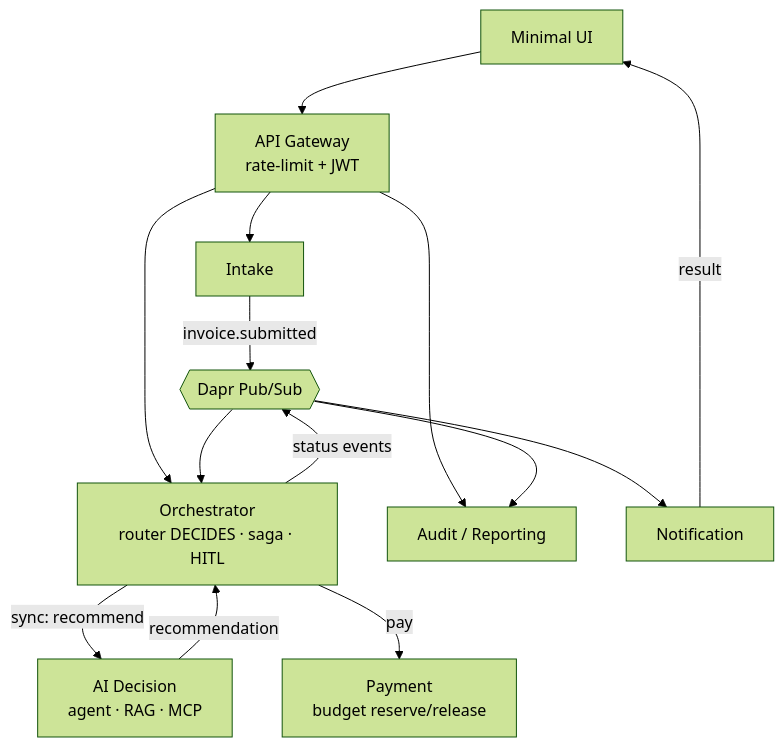
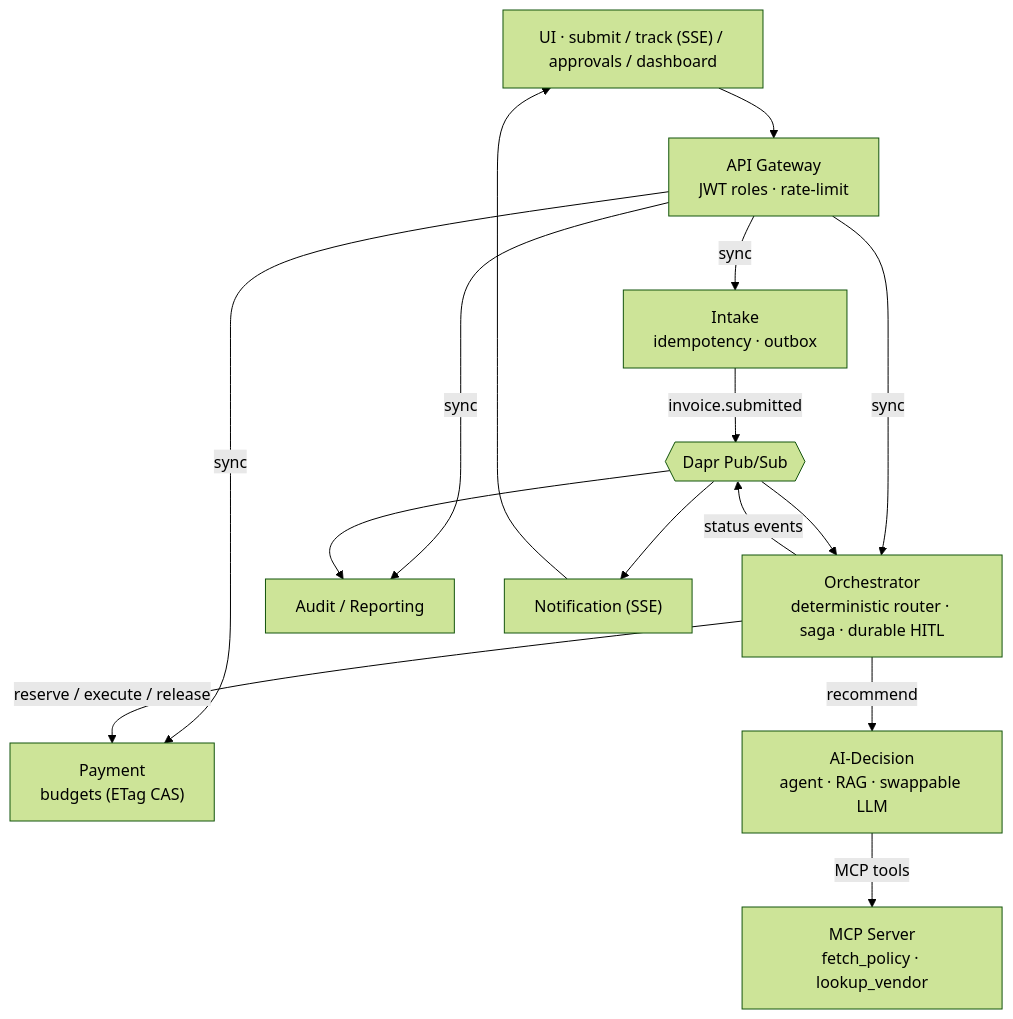
One commit to RazDahan34/approvalflow changed the diagram in README.md. Above: the diagram before and after it, drawn with Mermaid (forest theme). The commit also changed other lines of this file and 3 other files, not shown here.

Commit message:
Docs: full README (run/test/verify/API tour), committed gateway OpenAPI spec, verification guide, architecture aligned with the final stack (data layer, name resolution, CD, principles and CAP posture)

````diff
--- a/README.md
+++ b/README.md
@@ -24,15 +28,16 @@
 ```mermaid
 flowchart TB
-  UI["Minimal UI"] --> GW["API Gateway<br/>rate-limit + JWT"]
-  GW --> INT["Intake"]
-  GW --> ORCH["Orchestrator<br/>router DECIDES · saga · HITL"]
-  GW --> AUD["Audit / Reporting"]
+  UI["UI · submit / track (SSE) / approvals / dashboard"] --> GW["API Gateway<br/>JWT roles · rate-limit"]
+  GW -->|sync| INT["Intake<br/>idempotency · outbox"]
+  GW -->|sync| ORCH["Orchestrator<br/>deterministic router · saga · durable HITL"]
+  GW -->|sync| AUD["Audit / Reporting"]
+  GW -->|sync| PAY["Payment<br/>budgets (ETag CAS)"]
   INT -->|invoice.submitted| BUS{{"Dapr Pub/Sub"}}
   BUS --> ORCH
-  ORCH -->|sync: recommend| AI["AI Decision<br/>agent · RAG · MCP"]
-  AI -->|recommendation| ORCH
-  ORCH -->|pay| PAY["Payment<br/>budget reserve/release"]
+  ORCH -->|recommend| AI["AI-Decision<br/>agent · RAG · swappable LLM"]
+  AI -->|MCP tools| MCP["MCP Server<br/>fetch_policy · lookup_vendor"]
+  ORCH -->|reserve / execute / release| PAY
   ORCH -->|status events| BUS
-  BUS --> NOTIF["Notification"] -->|result| UI
+  BUS --> NOTIF["Notification (SSE)"] --> UI
   BUS --> AUD
 ```
````
